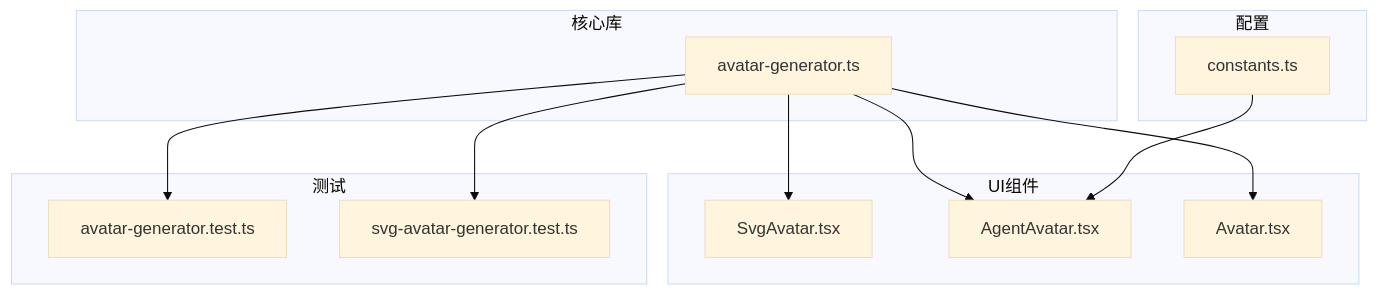
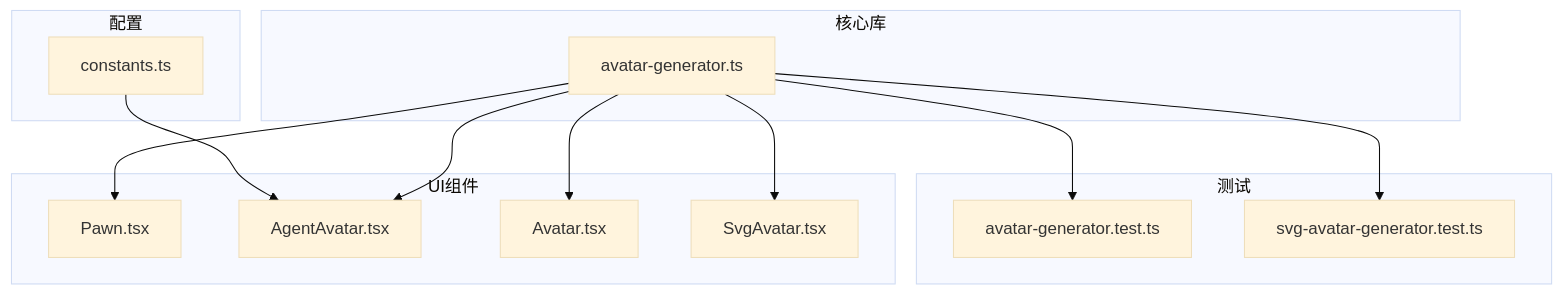
Before and after one commit to WW-AI-Lab/openclaw-office: the sixth of 6 diagrams in .qoder/repowiki/zh/content/工具函数库/SVG头像生成器.md, drawn with Mermaid (base theme). The commit also changed other lines of this file and 15 other files, not shown here.

````diff
--- a/.qoder/repowiki/zh/content/工具函数库/SVG头像生成器.md
+++ b/.qoder/repowiki/zh/content/工具函数库/SVG头像生成器.md
@@ -300,24 +397,26 @@
 ```mermaid
 graph TB
 subgraph "核心库"
 AG["avatar-generator.ts"]
 end
 subgraph "UI组件"
-SA["SvgAvatar.tsx"]
+P["Pawn.tsx"]
 AA["AgentAvatar.tsx"]
 AV["Avatar.tsx"]
+S["SvgAvatar.tsx"]
 end
 subgraph "配置"
 C["constants.ts"]
 end
 subgraph "测试"
 T1["avatar-generator.test.ts"]
 T2["svg-avatar-generator.test.ts"]
 end
-AG --> SA
+AG --> P
 AG --> AA
 AG --> AV
+AG --> S
 C --> AA
 AG --> T1
 AG --> T2
 ```
````
